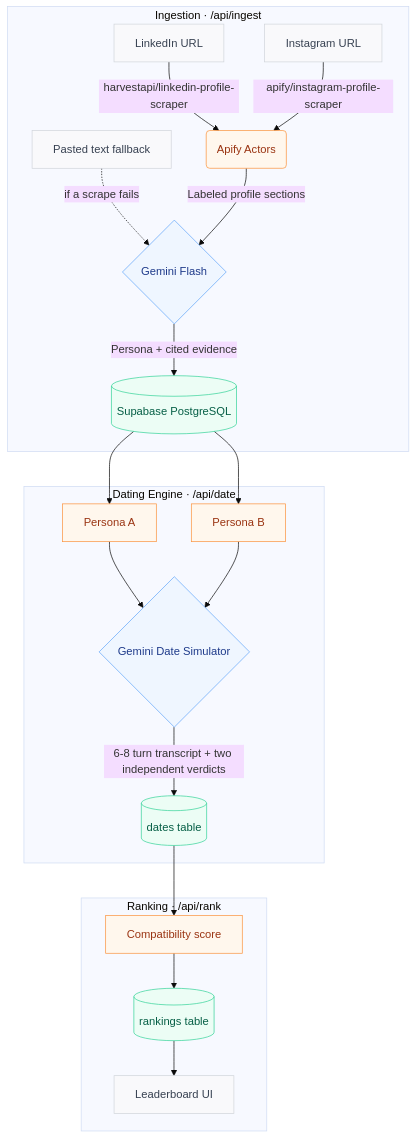
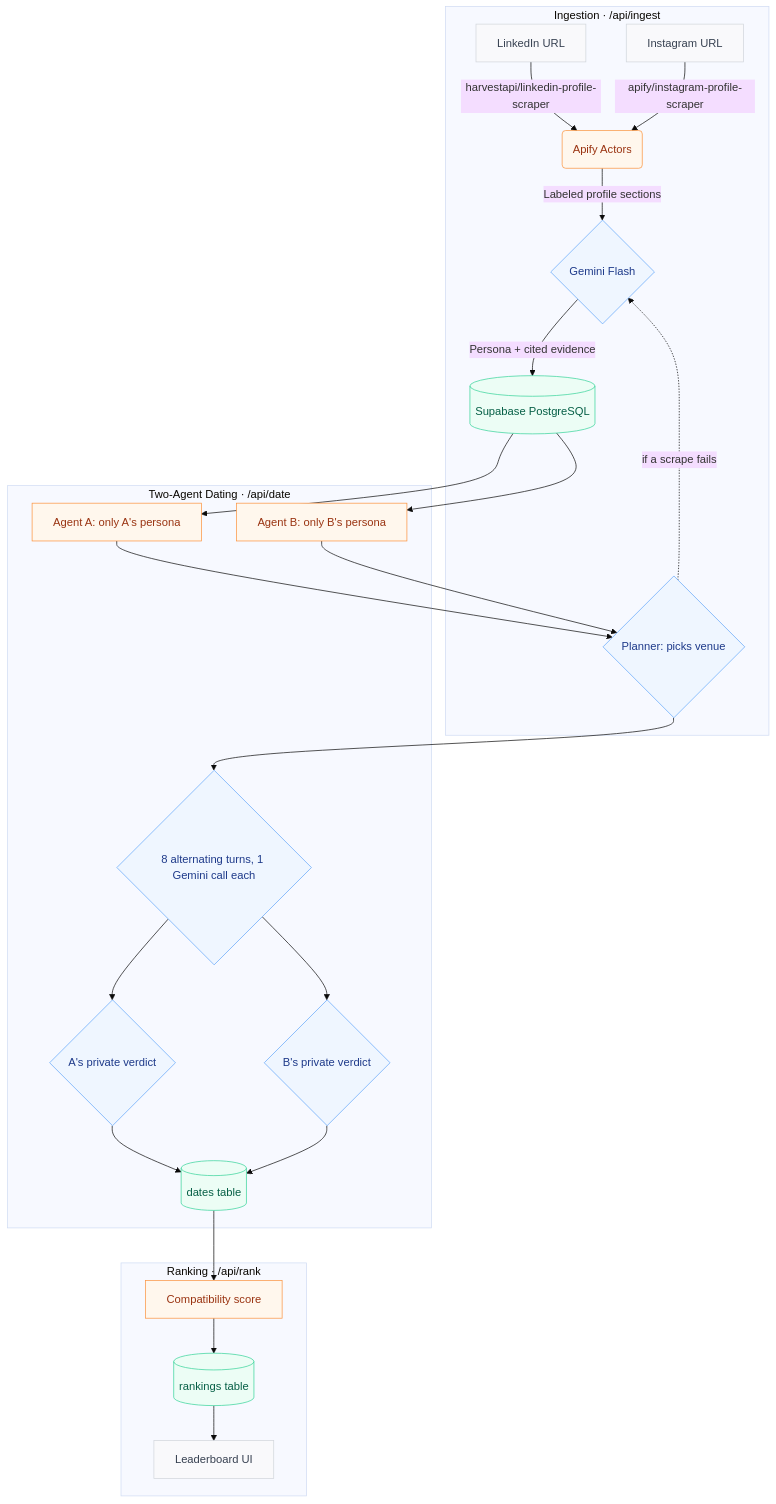
One commit to yerramsettysuchita/PersonaMatch changed the diagram in README.md. Above: the diagram before and after it, drawn with Mermaid (base theme). The commit also changed other lines of this file and 26 other files, not shown here.

````diff
--- a/README.md
+++ b/README.md
@@ -11,28 +11,31 @@
 ```mermaid
 graph TD
     classDef input fill:#f9f9fb,stroke:#d1d5db,stroke-width:1px,color:#374151;
     classDef llm fill:#eff6ff,stroke:#60a5fa,stroke-width:1px,color:#1e3a8a;
     classDef db fill:#ecfdf5,stroke:#34d399,stroke-width:1px,color:#065f46;
     classDef core fill:#fff7ed,stroke:#fb923c,stroke-width:1px,color:#9a3412;
 
     subgraph Ingestion["Ingestion · /api/ingest"]
         A[LinkedIn URL]:::input -->|harvestapi/linkedin-profile-scraper| C(Apify Actors):::core
         B[Instagram URL]:::input -->|apify/instagram-profile-scraper| C
         P[Pasted text fallback]:::input -.->|if a scrape fails| D
         C -->|Labeled profile sections| D{Gemini Flash}:::llm
         D -->|Persona + cited evidence| E[(Supabase PostgreSQL)]:::db
     end
 
-    subgraph Dating["Dating Engine · /api/date"]
-        E --> F[Persona A]:::core
-        E --> G[Persona B]:::core
-        F & G --> H{Gemini Date Simulator}:::llm
-        H -->|6-8 turn transcript + two independent verdicts| I[(dates table)]:::db
+    subgraph Dating["Two-Agent Dating · /api/date"]
+        E --> F[Agent A: only A's persona]:::core
+        E --> G[Agent B: only B's persona]:::core
+        F & G --> P{Planner: picks venue}:::llm
+        P --> T{8 alternating turns, 1 Gemini call each}:::llm
+        T --> VA{A's private verdict}:::llm
+        T --> VB{B's private verdict}:::llm
+        VA & VB --> I[(dates table)]:::db
     end
 
     subgraph Ranking["Ranking · /api/rank"]
         I --> J[Compatibility score]:::core
         J --> K[(rankings table)]:::db
         K --> L[Leaderboard UI]:::input
     end
 ```
````
